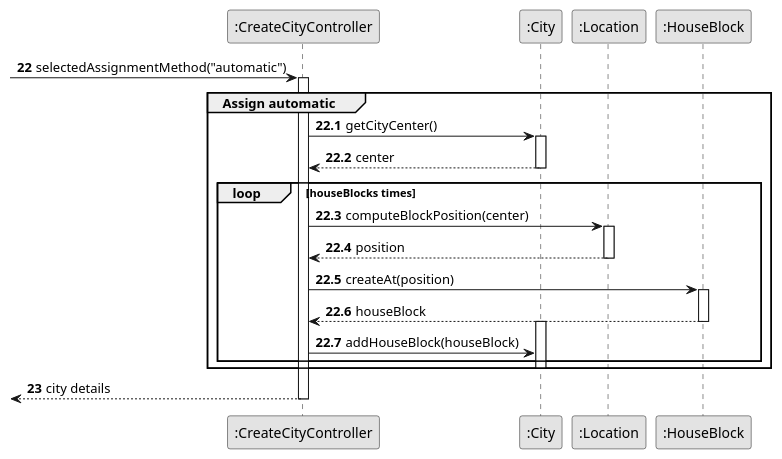
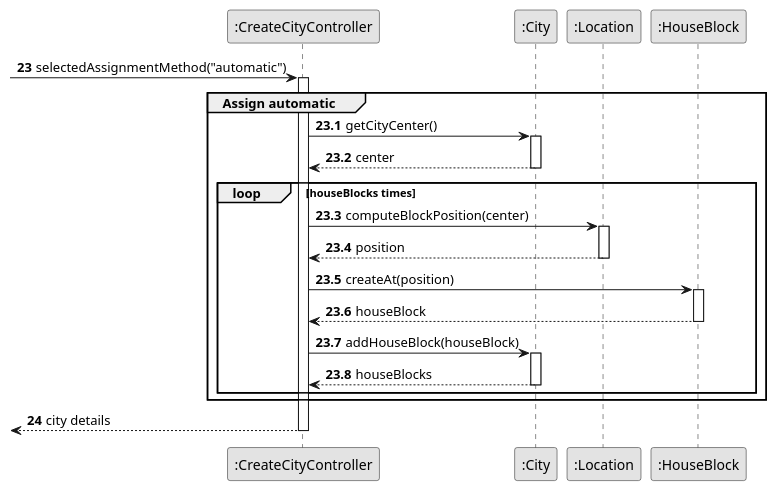
Before and after one commit to 1240826/empire-on-tracks: the diagram in docs/system-documentation/US003/03.design/puml/US003-SD-partial-assign-automatic.puml, drawn with PlantUML. The commit also changed 16 other files, not shown here.

```diff
--- a/docs/system-documentation/US003/03.design/puml/US003-SD-partial-assign-automatic.puml
+++ b/docs/system-documentation/US003/03.design/puml/US003-SD-partial-assign-automatic.puml
@@ -1,45 +1,47 @@
 @startuml
 skinparam monochrome true
 skinparam packageStyle rectangle
 skinparam shadowing false
 
 participant ":CreateCityController" as Controller
 participant ":City" as City
 participant ":Location" as Location
 participant ":HouseBlock" as HouseBlock
 
-autonumber 22
+autonumber 23
 -> Controller : selectedAssignmentMethod("automatic")
-autonumber 22.1
+autonumber 23.1
 
 
     group Assign automatic
        activate Controller
 
            Controller -> City : getCityCenter()
            activate City
                City --> Controller : center
            deactivate City
 
            loop houseBlocks times
                Controller -> Location : computeBlockPosition(center)
                activate Location
                    Location --> Controller : position
                deactivate Location
 
                Controller -> HouseBlock : createAt(position)
                activate HouseBlock
                    HouseBlock --> Controller : houseBlock
                deactivate HouseBlock
 
+               Controller -> City : addHouseBlock(houseBlock)
                activate City
-               Controller -> City : addHouseBlock(houseBlock)
+                               City --> Controller : houseBlocks
+                               deactivate City
            end
            deactivate City
            end
-    autonumber 23
+    autonumber 24
     <-- Controller: city details
 
 deactivate Controller
 
 @enduml
```
